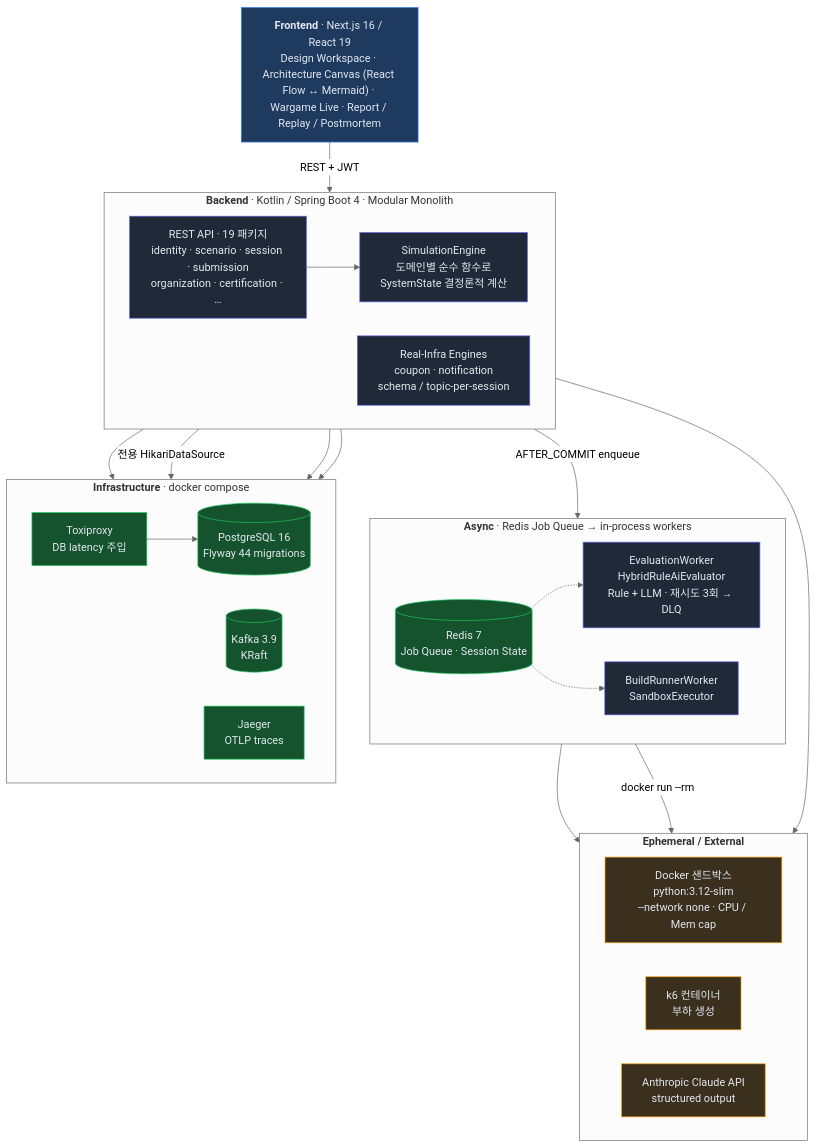
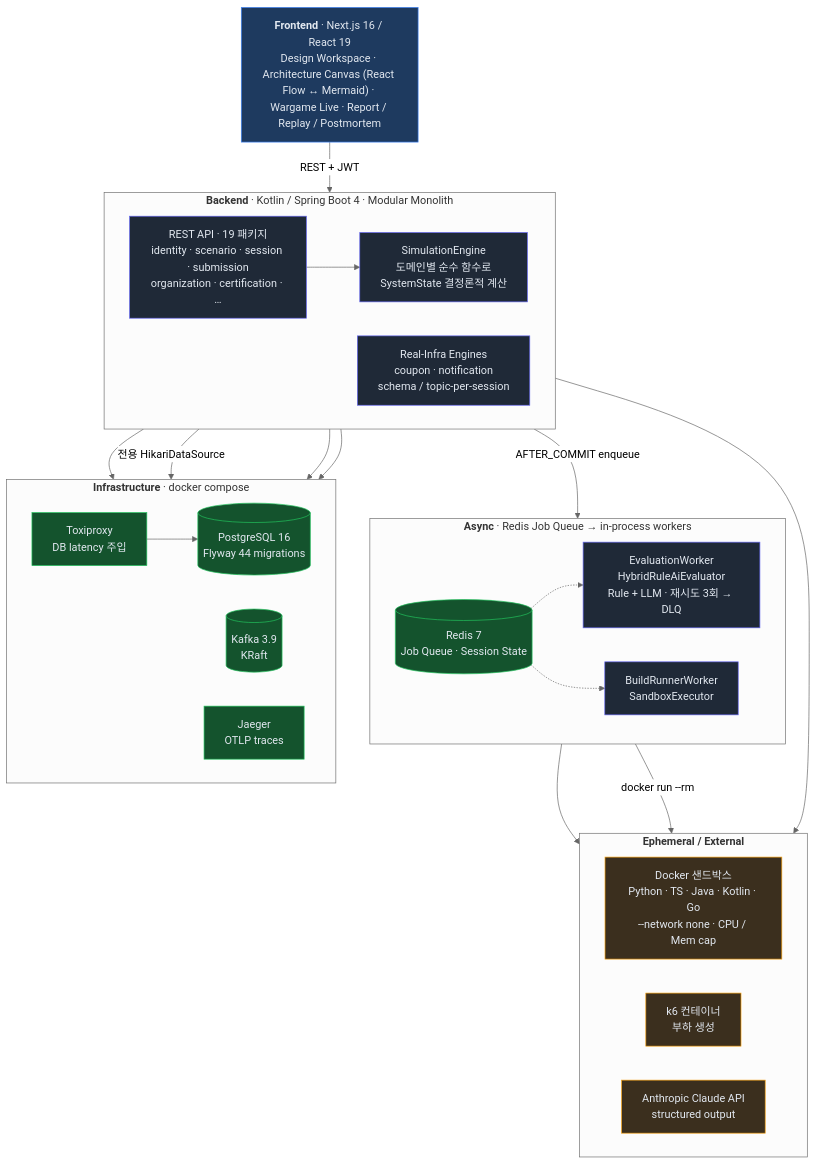
The first of 2 diagrams in README.md (polynomeer/sys-drill), drawn with Mermaid (neutral theme) before and after one commit. The commit also changed other lines of this file and 30 other files, not shown here.

First line of the commit message:
feat(build): rate-limiter에 Java·Kotlin·Go 판 추가

````diff
--- a/README.md
+++ b/README.md
@@ -69,55 +69,55 @@
 ```mermaid
 flowchart TB
     FE["<b>Frontend</b> · Next.js 16 / React 19<br/>Design Workspace · Architecture Canvas (React Flow ↔ Mermaid) · Wargame Live · Report / Replay / Postmortem"]
 
     subgraph BE["<b>Backend</b> · Kotlin / Spring Boot 4 · Modular Monolith"]
         direction LR
         API["REST API · 19 패키지<br/>identity · scenario · session · submission<br/>organization · certification · …"]
         SIM["SimulationEngine<br/>도메인별 순수 함수로<br/>SystemState 결정론적 계산"]
         RI["Real-Infra Engines<br/>coupon · notification<br/>schema / topic-per-session"]
     end
 
     subgraph WK["<b>Async</b> · Redis Job Queue → in-process workers"]
         direction LR
         RD[("Redis 7<br/>Job Queue · Session State")]
         EVAL["EvaluationWorker<br/>HybridRuleAiEvaluator<br/>Rule + LLM · 재시도 3회 → DLQ"]
         BR["BuildRunnerWorker<br/>SandboxExecutor"]
     end
 
     subgraph INFRA["<b>Infrastructure</b> · docker compose"]
         direction LR
         PG[("PostgreSQL 16<br/>Flyway 44 migrations")]
         TP["Toxiproxy<br/>DB latency 주입"]
         KF[("Kafka 3.9<br/>KRaft")]
         JG["Jaeger<br/>OTLP traces"]
     end
 
     subgraph EXT["<b>Ephemeral / External</b>"]
         direction LR
-        DK["Docker 샌드박스<br/>python:3.12-slim<br/>--network none · CPU / Mem cap"]
+        DK["Docker 샌드박스<br/>Python · TS · Java · Kotlin · Go<br/>--network none · CPU / Mem cap"]
         K6["k6 컨테이너<br/>부하 생성"]
         LLM["Anthropic Claude API<br/>structured output"]
     end
 
     FE -- "REST + JWT" --> API
     API --> SIM
     API -- "AFTER_COMMIT enqueue" --> RD
     RD -.-> EVAL
     RD -.-> BR
     API --> PG
     RI -- "전용 HikariDataSource" --> TP --> PG
     RI --> KF
     RI --> JG
     RI --> K6
     EVAL --> LLM
     BR -- "docker run --rm" --> DK
 
     classDef fe fill:#1e3a5f,stroke:#3b82f6,color:#e2e8f0
     classDef be fill:#1f2937,stroke:#6366f1,color:#e2e8f0
     classDef infra fill:#14532d,stroke:#22c55e,color:#e2e8f0
     classDef ext fill:#3b2f1e,stroke:#f59e0b,color:#e2e8f0
     class FE fe
     class API,SIM,EVAL,BR,RI be
     class PG,RD,KF,TP,JG infra
     class DK,K6,LLM ext
 ```
````
